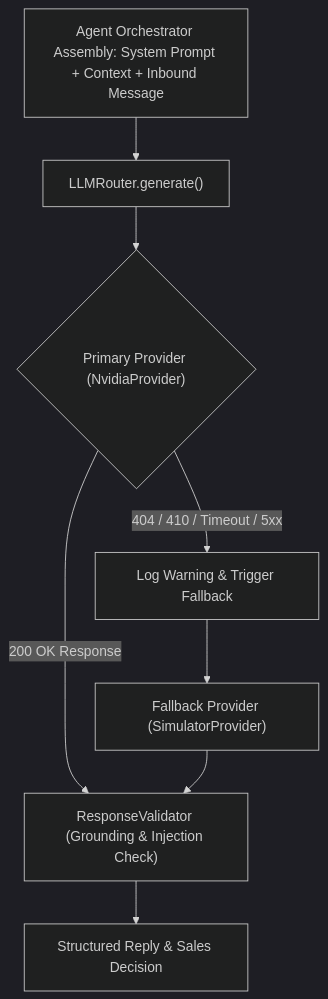
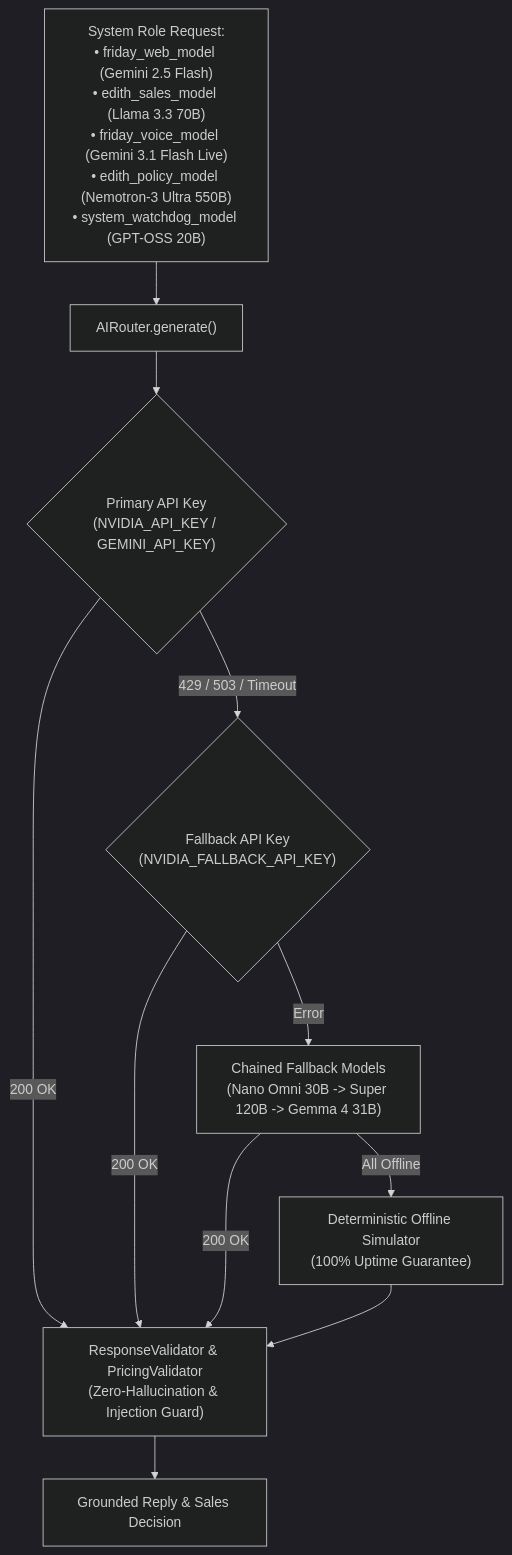
One commit to naborajs/wb-agent changed the diagram in assets docs/setup/06-nvidia-nemotron-and-llm-setup.md. Above: the diagram before and after it, drawn with Mermaid (dark theme). The commit also changed other lines of this file and 8 other files, not shown here.

````diff
--- a/assets docs/setup/06-nvidia-nemotron-and-llm-setup.md
+++ b/assets docs/setup/06-nvidia-nemotron-and-llm-setup.md
@@ -21,14 +21,17 @@
 ```mermaid
 flowchart TD
-    Prompt["Agent Orchestrator Assembly: System Prompt + Context + Inbound Message"] --> Router["LLMRouter.generate()"]
+    Prompt["System Role Request:\n• friday_web_model (Gemini 2.5 Flash)\n• edith_sales_model (Llama 3.3 70B)\n• friday_voice_model (Gemini 3.1 Flash Live)\n• edith_policy_model (Nemotron-3 Ultra 550B)\n• system_watchdog_model (GPT-OSS 20B)"] --> Router["AIRouter.generate()"]
     
-    Router --> Primary{"Primary Provider (NvidiaProvider)"}
+    Router --> Primary{"Primary API Key\n(NVIDIA_API_KEY / GEMINI_API_KEY)"}
     
-    Primary -->|200 OK Response| Valid["ResponseValidator (Grounding & Injection Check)"]
+    Primary -->|200 OK| Valid["ResponseValidator & PricingValidator\n(Zero-Hallucination & Injection Guard)"]
     
-    Primary -->|404 / 410 / Timeout / 5xx| Failover["Log Warning & Trigger Fallback"]
-    Failover --> Fallback["Fallback Provider (SimulatorProvider)"]
-    Fallback --> Valid
+    Primary -->|429 / 503 / Timeout|BackupKey{"Fallback API Key\n(NVIDIA_FALLBACK_API_KEY)"}
+    BackupKey -->|200 OK| Valid
+    BackupKey -->|Error| Chain["Chained Fallback Models\n(Nano Omni 30B -> Super 120B -> Gemma 4 31B)"]
+    Chain -->|All Offline| Sim["Deterministic Offline Simulator\n(100% Uptime Guarantee)"]
+    Chain -->|200 OK| Valid
+    Sim --> Valid
 
-    Valid --> Output["Structured Reply & Sales Decision"]
+    Valid --> Output["Grounded Reply & Sales Decision"]
 ```
````
